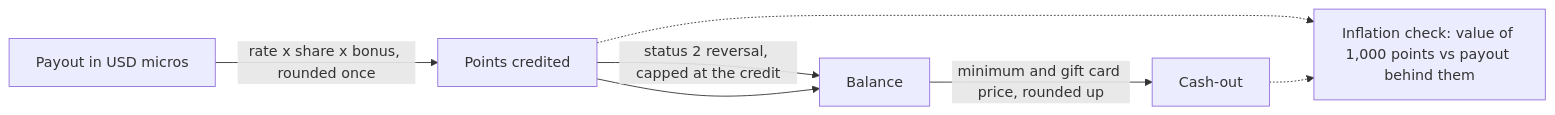
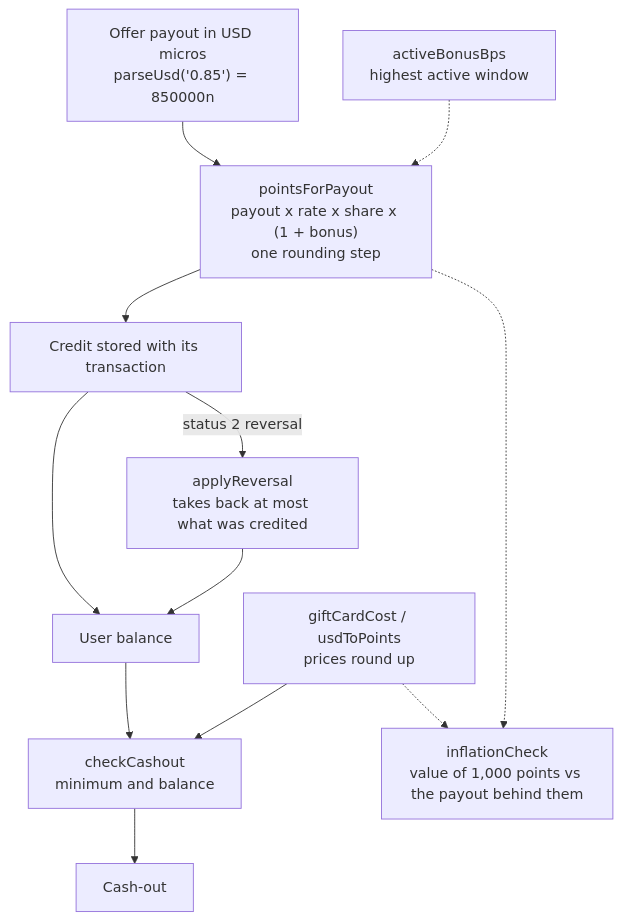
One commit to moonetix/reward-economy-kit changed the diagram in README.md. Above: the diagram before and after it, drawn with Mermaid. The commit also changed other lines of this file, not shown here.

````diff
--- a/README.md
+++ b/README.md
@@ -24,9 +62,14 @@
 ```mermaid
-flowchart LR
-    P[Payout in USD micros] -->|rate x share x bonus, rounded once| C[Points credited]
-    C -->|status 2 reversal, capped at the credit| R[Balance]
-    C --> R
-    R -->|minimum and gift card price, rounded up| O[Cash-out]
-    C -.-> I[Inflation check: value of 1,000 points vs payout behind them]
-    O -.-> I
+flowchart TD
+    P["Offer payout in USD micros<br/>parseUsd('0.85') = 850000n"] --> F
+    W["activeBonusBps<br/>highest active window"] -.-> F
+    F["pointsForPayout<br/>payout x rate x share x (1 + bonus)<br/>one rounding step"] --> C["Credit stored with its transaction"]
+    C --> BAL[User balance]
+    C -->|"status 2 reversal"| V["applyReversal<br/>takes back at most what was credited"]
+    V --> BAL
+    G["giftCardCost / usdToPoints<br/>prices round up"] --> K
+    BAL --> K["checkCashout<br/>minimum and balance"]
+    K --> O[Cash-out]
+    F -.-> I["inflationCheck<br/>value of 1,000 points vs the payout behind them"]
+    G -.-> I
 ```
````
